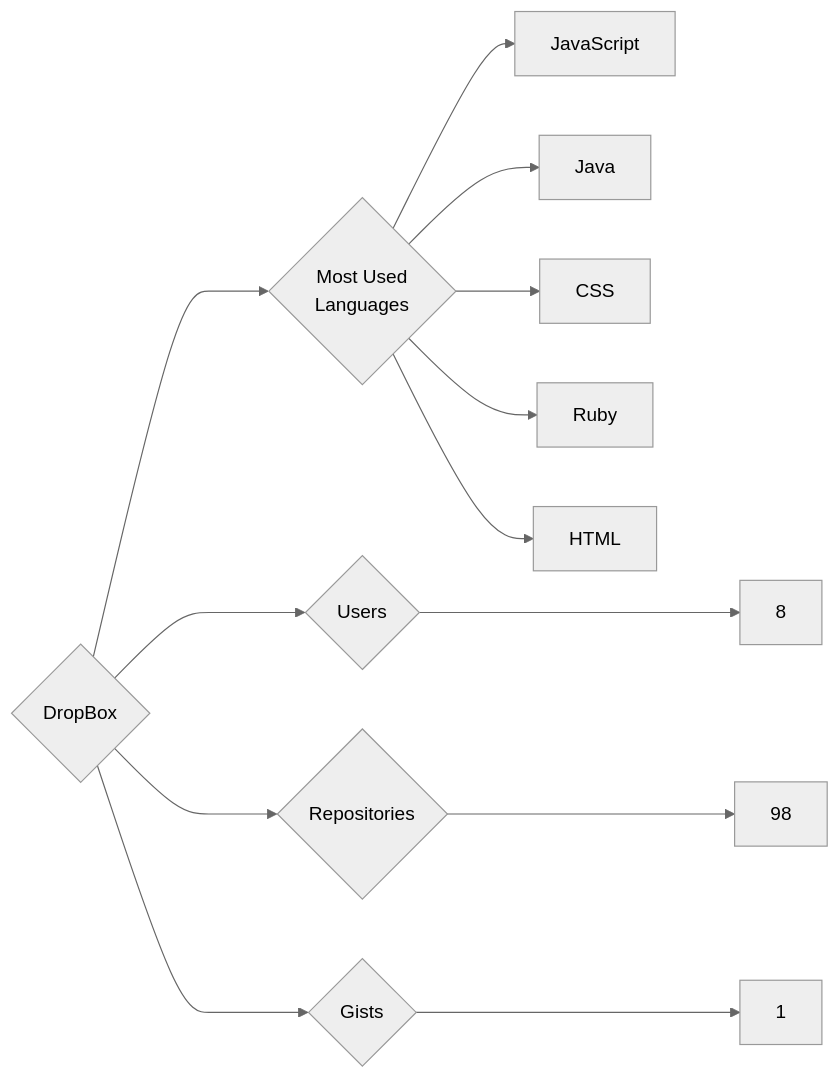
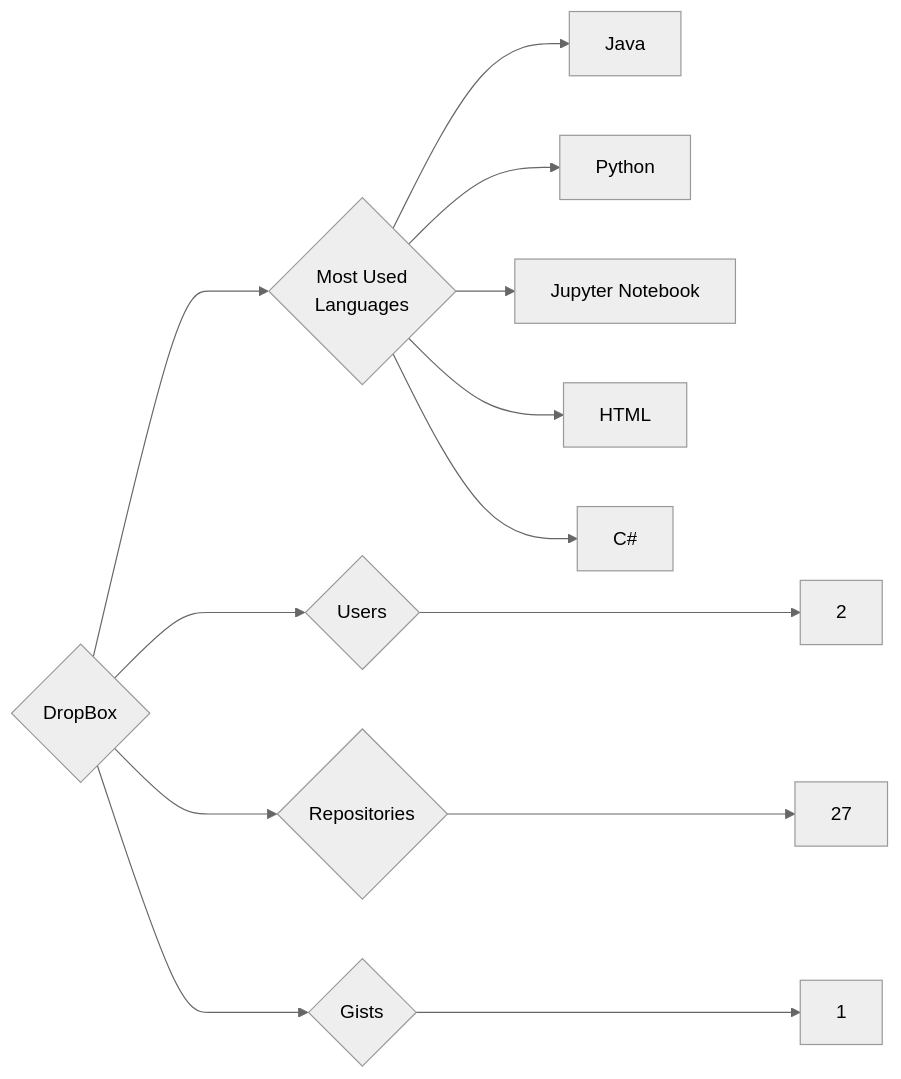
One commit to trickest/insiders changed the diagram in targets/DropBox/README.md. Above: the diagram before and after it, drawn with Mermaid (neutral theme). The commit also changed 1148 other files, not shown here.

````diff
--- a/targets/DropBox/README.md
+++ b/targets/DropBox/README.md
@@ -3,13 +3,13 @@
 ```mermaid
 graph LR
 COMPANY_NAME{DropBox}
-COMPANY_NAME ---> U{Users} ---> UN[8]
-COMPANY_NAME ---> R{Repositories} ---> RN[98]
+COMPANY_NAME ---> U{Users} ---> UN[2]
+COMPANY_NAME ---> R{Repositories} ---> RN[27]
 COMPANY_NAME ---> G{Gists} ---> GN[1]
 COMPANY_NAME ---> ML{Most Used<br>Languages}
-ML --> JavaScript[JavaScript]
 ML --> Java[Java]
-ML --> CSS[CSS]
-ML --> Ruby[Ruby]
+ML --> Python[Python]
+ML --> Jupyter_Notebook[Jupyter Notebook]
 ML --> HTML[HTML]
+ML --> C#[C#]
 ```
````
